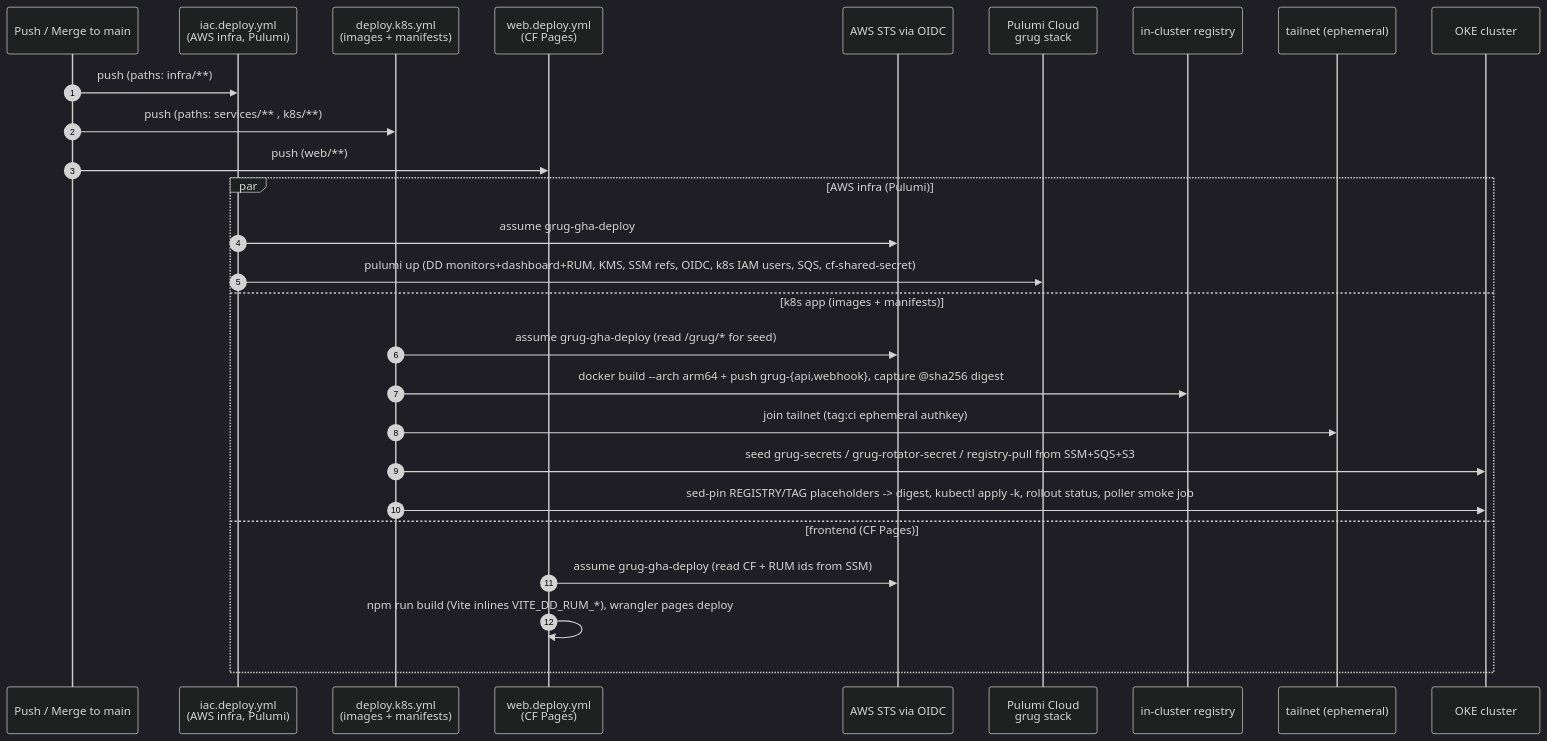
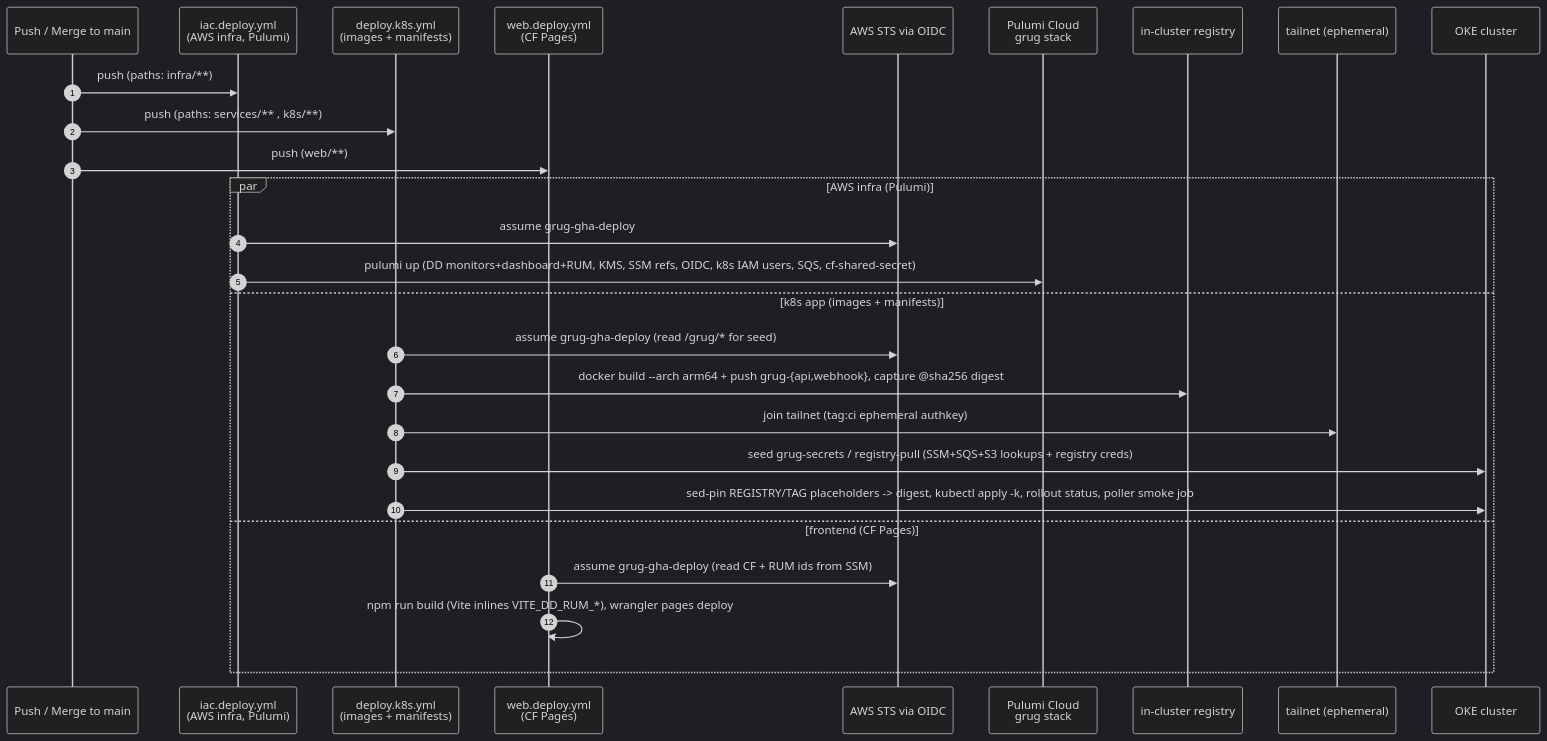
Before and after one commit to quadseven/grug: the fifth of 6 diagrams in docs/NETWORK-TOPOLOGY.md, drawn with Mermaid (dark theme). The commit also changed other lines of this file and 15 other files, not shown here.

````diff
--- a/docs/NETWORK-TOPOLOGY.md
+++ b/docs/NETWORK-TOPOLOGY.md
@@ -210,31 +208,31 @@
 ```mermaid
 sequenceDiagram
     autonumber
     participant Push as Push / Merge to main
     participant IAC as iac.deploy.yml<br/>(AWS infra, Pulumi)
     participant K8S as deploy.k8s.yml<br/>(images + manifests)
     participant Web as web.deploy.yml<br/>(CF Pages)
     participant OIDC as AWS STS via OIDC
     participant Pulumi as Pulumi Cloud<br/>grug stack
     participant Reg as in-cluster registry
     participant TS as tailnet (ephemeral)
     participant K as OKE cluster
 
     Push->>IAC: push (paths: infra/**)
     Push->>K8S: push (paths: services/** , k8s/**)
     Push->>Web: push (web/**)
 
     par AWS infra (Pulumi)
         IAC->>OIDC: assume grug-gha-deploy
         IAC->>Pulumi: pulumi up (DD monitors+dashboard+RUM, KMS, SSM refs, OIDC, k8s IAM users, SQS, cf-shared-secret)
     and k8s app (images + manifests)
         K8S->>OIDC: assume grug-gha-deploy (read /grug/* for seed)
         K8S->>Reg: docker build --arch arm64 + push grug-{api,webhook}, capture @sha256 digest
         K8S->>TS: join tailnet (tag:ci ephemeral authkey)
-        K8S->>K: seed grug-secrets / grug-rotator-secret / registry-pull from SSM+SQS+S3
+        K8S->>K: seed grug-secrets / registry-pull (SSM+SQS+S3 lookups + registry creds)
         K8S->>K: sed-pin REGISTRY/TAG placeholders -> digest, kubectl apply -k, rollout status, poller smoke job
     and frontend (CF Pages)
         Web->>OIDC: assume grug-gha-deploy (read CF + RUM ids from SSM)
         Web->>Web: npm run build (Vite inlines VITE_DD_RUM_*), wrangler pages deploy
     end
 ```
````
